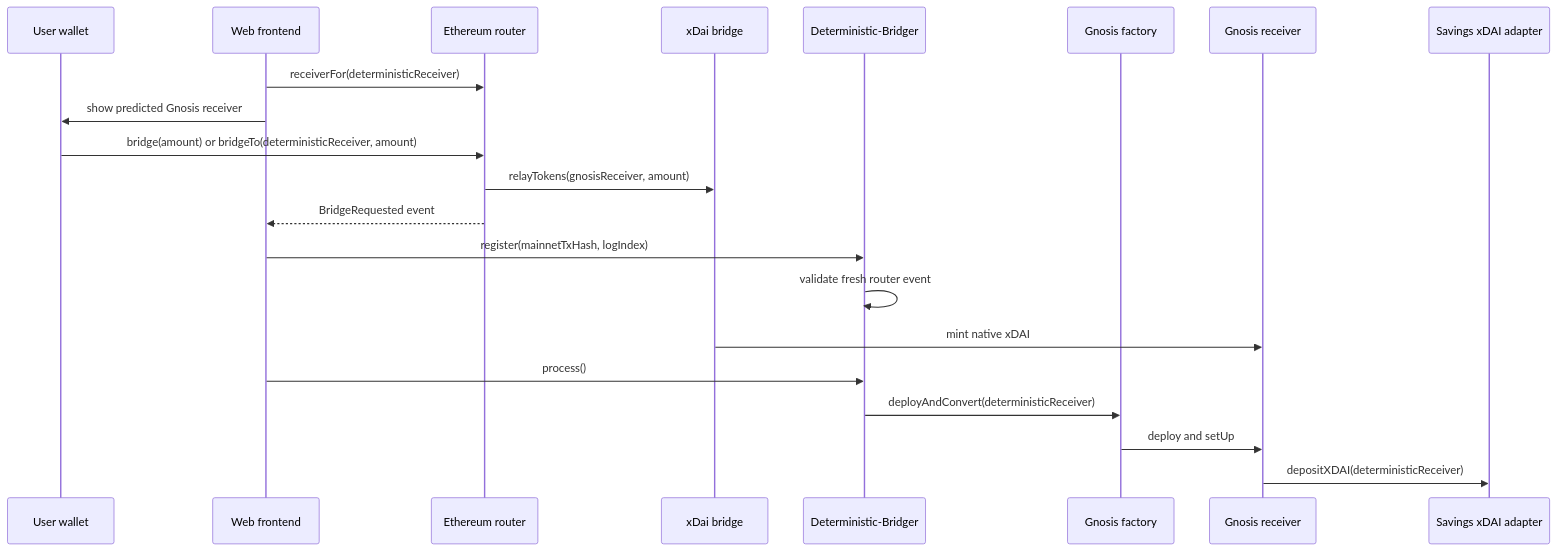
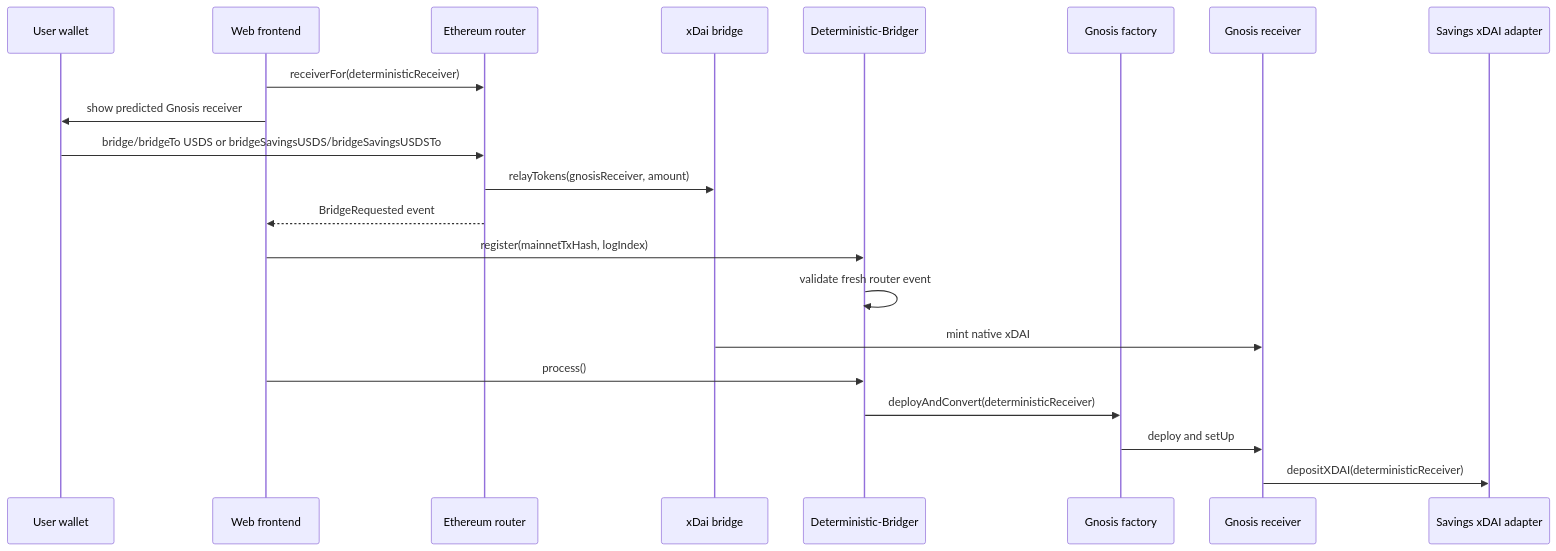
Before and after one commit to nocaeth/deterministic-bridger: the second of 4 diagrams in README.md, drawn with Mermaid. The commit also changed other lines of this file and 15 other files, not shown here.

Commit message:
Add USDS and sUSDS router support

````diff
--- a/README.md
+++ b/README.md
@@ -47,24 +50,24 @@
 ```mermaid
 sequenceDiagram
   participant User as User wallet
   participant UI as Web frontend
   participant Router as Ethereum router
   participant Bridge as xDai bridge
   participant Action as Deterministic-Bridger
   participant Factory as Gnosis factory
   participant Receiver as Gnosis receiver
   participant Adapter as Savings xDAI adapter
 
   UI->>Router: receiverFor(deterministicReceiver)
   UI->>User: show predicted Gnosis receiver
-  User->>Router: bridge(amount) or bridgeTo(deterministicReceiver, amount)
+  User->>Router: bridge/bridgeTo USDS or bridgeSavingsUSDS/bridgeSavingsUSDSTo
   Router->>Bridge: relayTokens(gnosisReceiver, amount)
   Router-->>UI: BridgeRequested event
   UI->>Action: register(mainnetTxHash, logIndex)
   Action->>Action: validate fresh router event
   Bridge->>Receiver: mint native xDAI
   UI->>Action: process()
   Action->>Factory: deployAndConvert(deterministicReceiver)
   Factory->>Receiver: deploy and setUp
   Receiver->>Adapter: depositXDAI(deterministicReceiver)
 ```
````
